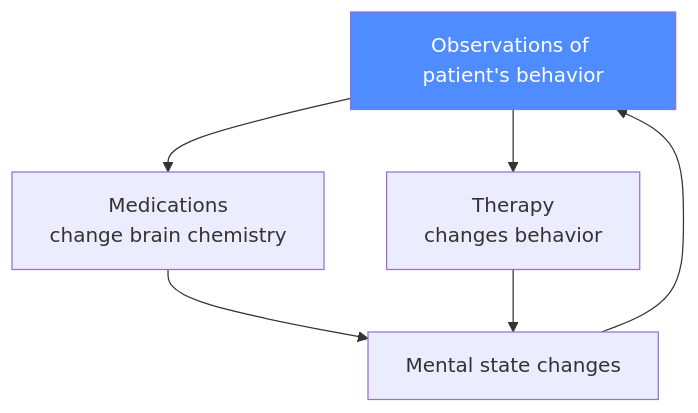
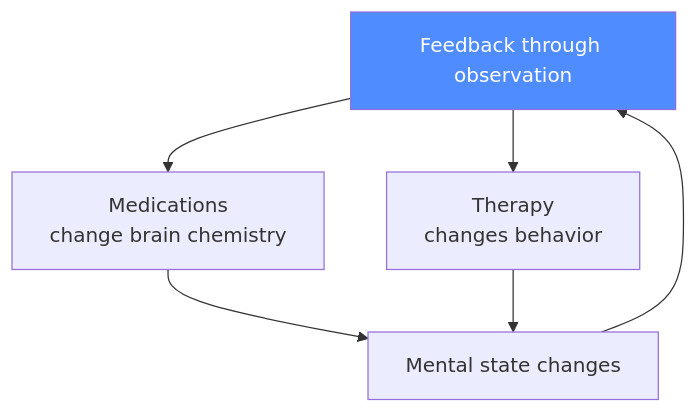
One commit to dominik-mukrecki/presentations changed the second of 3 diagrams in 250528-madrid.md. Above: the diagram before and after it, drawn with Mermaid.

````diff
--- a/250528-madrid.md
+++ b/250528-madrid.md
@@ -234,22 +234,22 @@
 ```mermaid {scale: 1.3}
 flowchart TD
-    A2[Observations of patient's behavior]:::blue
+    A2[Feedback through observation]:::blue
 
     B1[Medications<br>change brain chemistry]
     B2[Therapy<br>changes behavior]
     C[Mental state changes]
 
     %% Flows from patient outputs to interventions
     A2 --> B1
     A2 --> B2
 
     %% Interventions converge at mental state
     B1 --> C
     B2 --> C
 
     %% Mental state outputs
     C --> A2
 
     classDef orange fill:#FFA500,color:#fff;
     classDef blue fill:#4f8cff,color:#fff;
 ```
````
